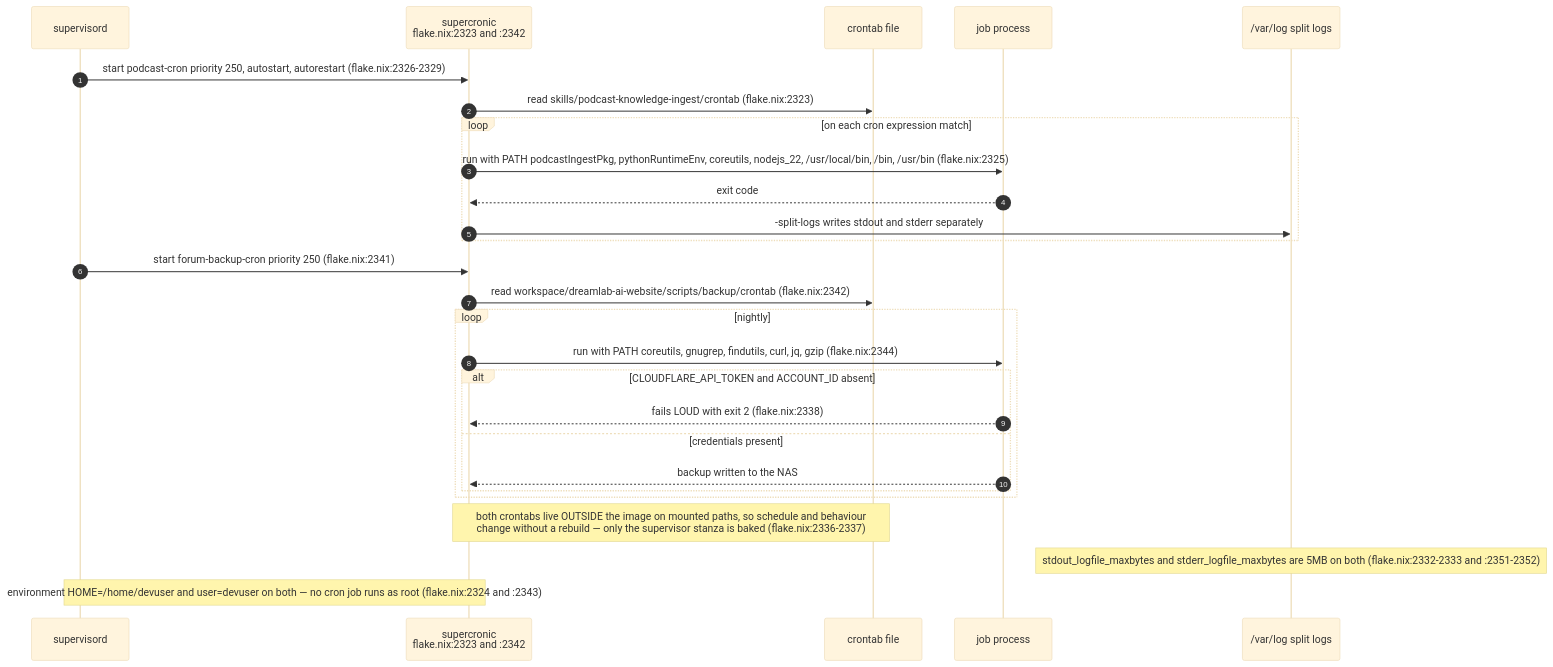
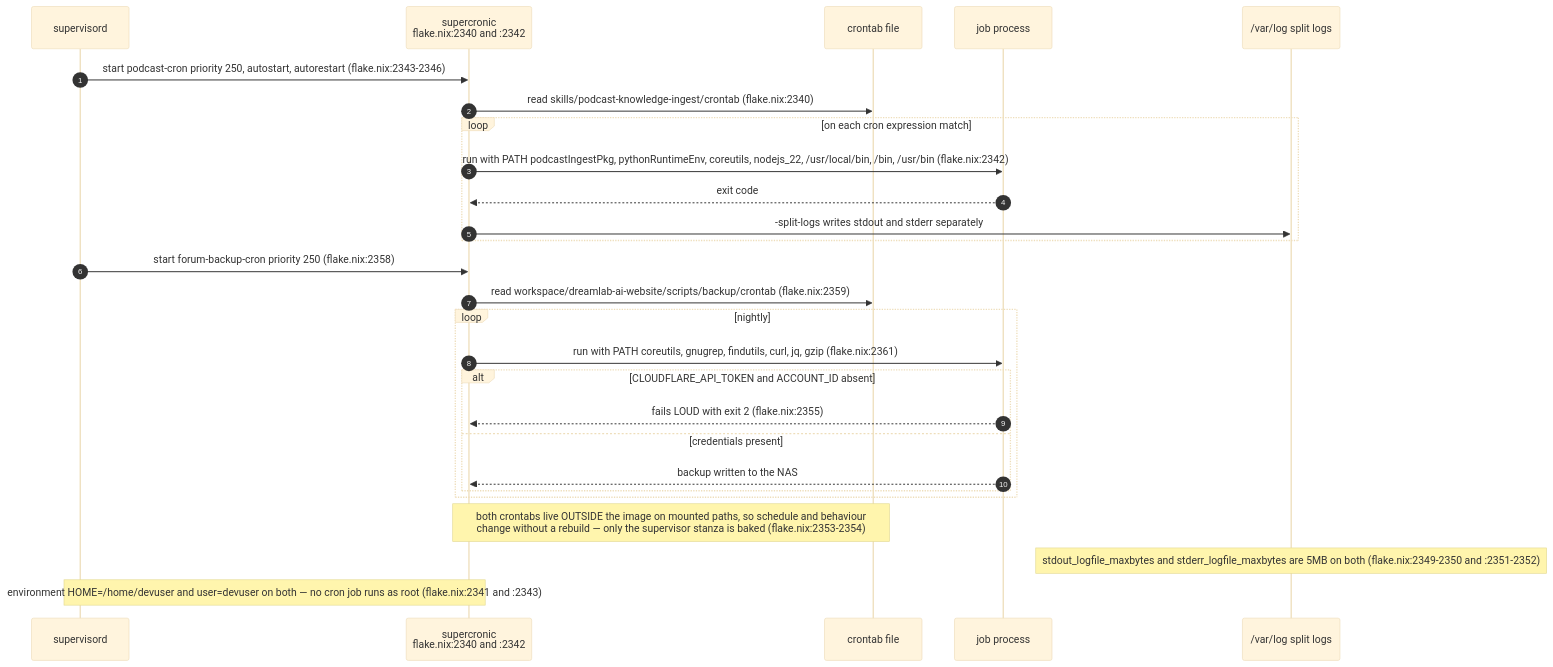
One commit to DreamLab-AI/AR-AI-Knowledge-Graph changed the seventh of 9 diagrams in docs/diagrams/agentbox/07-daemons-reapers-cron-backups.md. Above: the diagram before and after it, drawn with Mermaid (base theme). The commit also changed other lines of this file and 73 other files, not shown here.

First line of the commit message:
docs(diagrams): re-verify all 71 topic files against HEAD; add --cite-check

````diff
--- a/docs/diagrams/agentbox/07-daemons-reapers-cron-backups.md
+++ b/docs/diagrams/agentbox/07-daemons-reapers-cron-backups.md
@@ -281,30 +281,30 @@
 ```mermaid
 sequenceDiagram
     autonumber
     participant SUP as supervisord
-    participant SC as supercronic<br/>flake.nix:2323 and :2342
+    participant SC as supercronic<br/>flake.nix:2340 and :2342
     participant CT as crontab file
     participant J as job process
     participant L as /var/log split logs
 
-    SUP->>SC: start podcast-cron priority 250, autostart, autorestart (flake.nix:2326-2329)
-    SC->>CT: read skills/podcast-knowledge-ingest/crontab (flake.nix:2323)
+    SUP->>SC: start podcast-cron priority 250, autostart, autorestart (flake.nix:2343-2346)
+    SC->>CT: read skills/podcast-knowledge-ingest/crontab (flake.nix:2340)
     loop on each cron expression match
-        SC->>J: run with PATH podcastIngestPkg, pythonRuntimeEnv, coreutils, nodejs_22, /usr/local/bin, /bin, /usr/bin (flake.nix:2325)
+        SC->>J: run with PATH podcastIngestPkg, pythonRuntimeEnv, coreutils, nodejs_22, /usr/local/bin, /bin, /usr/bin (flake.nix:2342)
         J-->>SC: exit code
         SC->>L: -split-logs writes stdout and stderr separately
     end
-    SUP->>SC: start forum-backup-cron priority 250 (flake.nix:2341)
-    SC->>CT: read workspace/dreamlab-ai-website/scripts/backup/crontab (flake.nix:2342)
+    SUP->>SC: start forum-backup-cron priority 250 (flake.nix:2358)
+    SC->>CT: read workspace/dreamlab-ai-website/scripts/backup/crontab (flake.nix:2359)
     loop nightly
-        SC->>J: run with PATH coreutils, gnugrep, findutils, curl, jq, gzip (flake.nix:2344)
+        SC->>J: run with PATH coreutils, gnugrep, findutils, curl, jq, gzip (flake.nix:2361)
         alt CLOUDFLARE_API_TOKEN and ACCOUNT_ID absent
-            J-->>SC: fails LOUD with exit 2 (flake.nix:2338)
+            J-->>SC: fails LOUD with exit 2 (flake.nix:2355)
         else credentials present
             J-->>SC: backup written to the NAS
         end
     end
-    Note over SC,CT: both crontabs live OUTSIDE the image on mounted paths, so schedule and behaviour<br/>change without a rebuild — only the supervisor stanza is baked (flake.nix:2336-2337)
-    Note over L: stdout_logfile_maxbytes and stderr_logfile_maxbytes are 5MB on both (flake.nix:2332-2333 and :2351-2352)
-    Note over SUP,SC: environment HOME=/home/devuser and user=devuser on both — no cron job runs as root (flake.nix:2324 and :2343)
+    Note over SC,CT: both crontabs live OUTSIDE the image on mounted paths, so schedule and behaviour<br/>change without a rebuild — only the supervisor stanza is baked (flake.nix:2353-2354)
+    Note over L: stdout_logfile_maxbytes and stderr_logfile_maxbytes are 5MB on both (flake.nix:2349-2350 and :2351-2352)
+    Note over SUP,SC: environment HOME=/home/devuser and user=devuser on both — no cron job runs as root (flake.nix:2341 and :2343)
 ```
````
